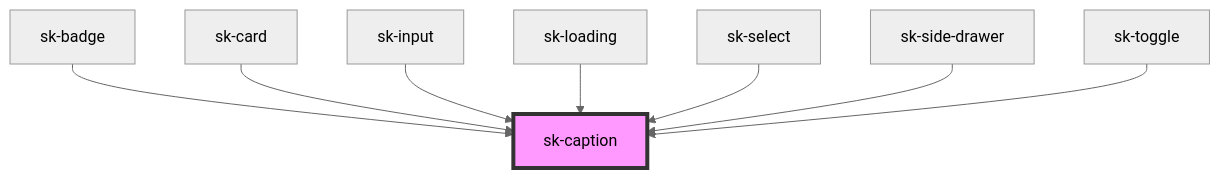
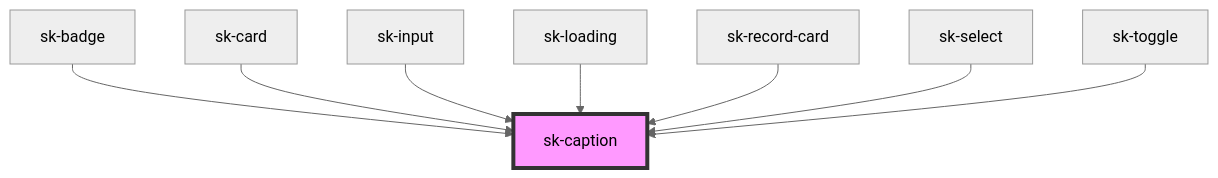
One commit to shincke/sk-toolkit changed the diagram in web-components-stencil/src/components/sk-caption/readme.md. Above: the diagram before and after it, drawn with Mermaid (neutral theme). The commit also changed other lines of this file and 30 other files, not shown here.

Commit message:
feat: implement sk-drawer and first pattern - sk-record-card

````diff
--- a/web-components-stencil/src/components/sk-caption/readme.md
+++ b/web-components-stencil/src/components/sk-caption/readme.md
@@ -28,11 +28,11 @@
 ```mermaid
 graph TD;
   sk-badge --> sk-caption
   sk-card --> sk-caption
   sk-input --> sk-caption
   sk-loading --> sk-caption
+  sk-record-card --> sk-caption
   sk-select --> sk-caption
-  sk-side-drawer --> sk-caption
   sk-toggle --> sk-caption
   style sk-caption fill:#f9f,stroke:#333,stroke-width:4px
 ```
````
